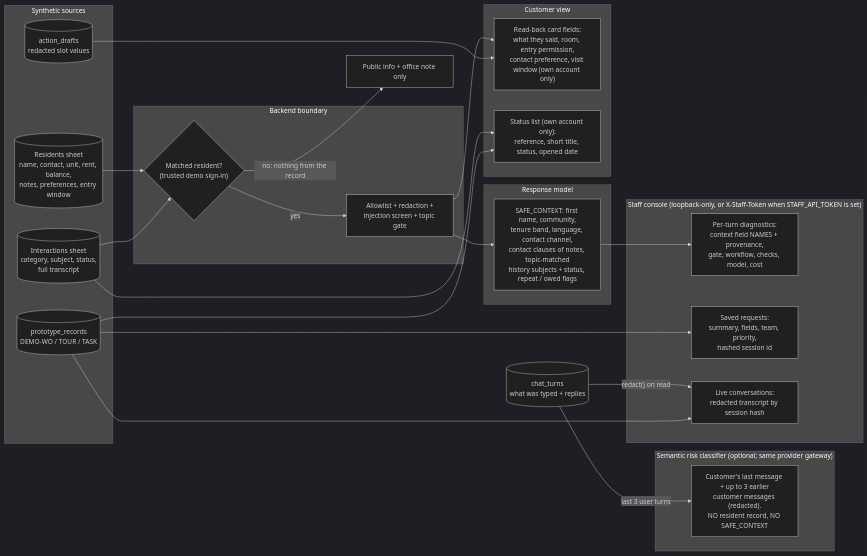
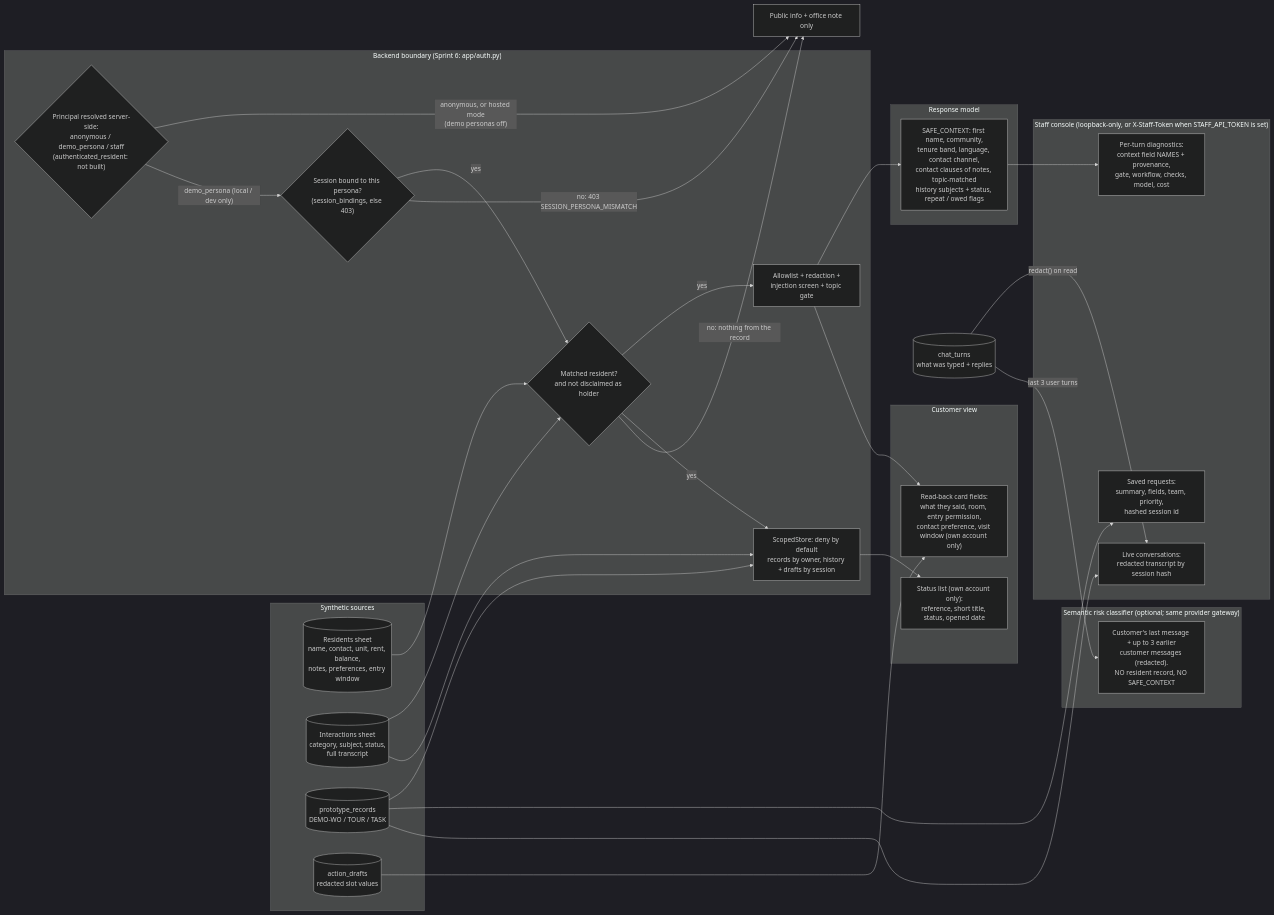
The diagram in docs/diagrams/data-access.md (Ross-Business-Tech/McKinley-Project-1), drawn with Mermaid (dark theme) before and after one commit. The commit also changed other lines of this file and 10 other files, not shown here.

````diff
--- a/docs/diagrams/data-access.md
+++ b/docs/diagrams/data-access.md
@@ -5,49 +5,58 @@
 ```mermaid
 flowchart LR
   subgraph Source["Synthetic sources"]
     R[("Residents sheet<br/>name, contact, unit, rent, balance,<br/>notes, preferences, entry window")]
     I[("Interactions sheet<br/>category, subject, status,<br/>full transcript")]
     P[("prototype_records<br/>DEMO-WO / TOUR / TASK")]
     D[("action_drafts<br/>redacted slot values")]
   end
 
-  subgraph Gate["Backend boundary"]
-    ID{"Matched resident?<br/>(trusted demo sign-in)"}
+  subgraph Gate["Backend boundary (Sprint 6: app/auth.py)"]
+    PR{"Principal resolved server-side:<br/>anonymous / demo_persona / staff<br/>(authenticated_resident: not built)"}
+    BIND{"Session bound to this persona?<br/>(session_bindings, else 403)"}
+    ID{"Matched resident?<br/>and not disclaimed as holder"}
+    SS["ScopedStore: deny by default<br/>records by owner, history + drafts by session"]
     AL["Allowlist + redaction +<br/>injection screen + topic gate"]
   end
 
   subgraph Risk["Semantic risk classifier (optional; same provider gateway)"]
     RC["Customer's last message + up to 3 earlier<br/>customer messages (redacted).<br/>NO resident record, NO SAFE_CONTEXT"]
   end
 
   subgraph Model["Response model"]
     SC["SAFE_CONTEXT: first name, community,<br/>tenure band, language, contact channel,<br/>contact clauses of notes, topic-matched<br/>history subjects + status, repeat / owed flags"]
   end
 
   subgraph Customer["Customer view"]
     CARD["Read-back card fields:<br/>what they said, room, entry permission,<br/>contact preference, visit window (own account only)"]
     STAT["Status list (own account only):<br/>reference, short title, status, opened date"]
   end
 
   subgraph Staff["Staff console (loopback-only, or X-Staff-Token when STAFF_API_TOKEN is set)"]
     DIAG["Per-turn diagnostics:<br/>context field NAMES + provenance,<br/>gate, workflow, checks, model, cost"]
     RECS["Saved requests:<br/>summary, fields, team, priority,<br/>hashed session id"]
     LIVE["Live conversations:<br/>redacted transcript by session hash"]
   end
   T[("chat_turns<br/>what was typed + replies")]
 
+  PR -- "anonymous, or hosted mode<br/>(demo personas off)" --> X
+  PR -- "demo_persona (local / dev only)" --> BIND
+  BIND -- "yes" --> ID
+  BIND -- "no: 403 SESSION_PERSONA_MISMATCH" --> X
   R --> ID
   I --> ID
   ID -- "yes" --> AL
+  ID -- "yes" --> SS
   ID -- "no: nothing from the record" --> X["Public info + office note only"]
   AL --> SC
   AL --> CARD
-  I --> STAT
-  P --> STAT
+  SS --> STAT
+  I --> SS
+  P --> SS
   P --> RECS
   D --> CARD
   SC --> DIAG
   T -- "redact() on read" --> LIVE
   T -- "last 3 user turns" --> RC
   P --> LIVE
 ```
````
